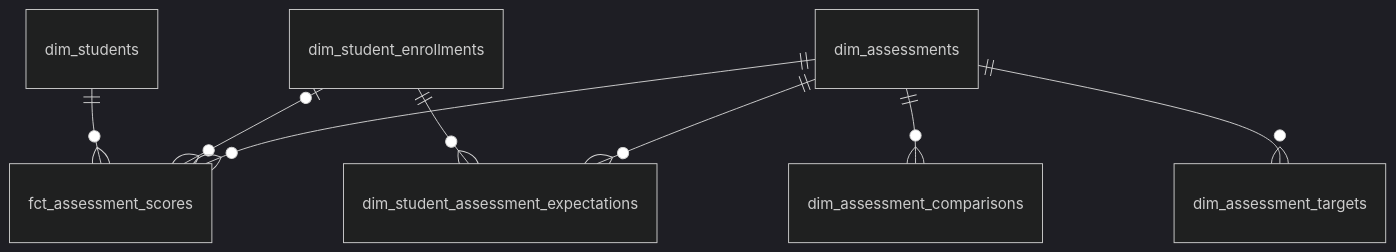
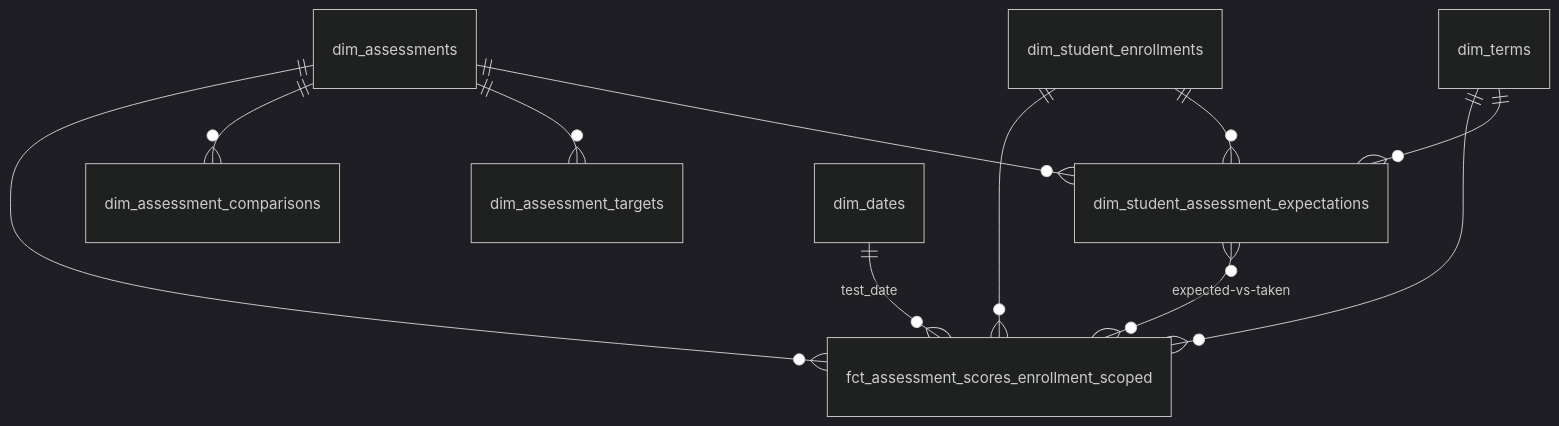
The third of 10 diagrams in docs/superpowers/specs/2026-03-27-star-schema-data-mart-design.md (TEAMSchools/teamster), drawn with Mermaid (dark theme) before and after one commit. The commit also changed other lines of this file, not shown here.

First line of the commit message:
docs: incorporate star-schema mart spec feedback on A+X traversal

````diff
--- a/docs/superpowers/specs/2026-03-27-star-schema-data-mart-design.md
+++ b/docs/superpowers/specs/2026-03-27-star-schema-data-mart-design.md
@@ -508,10 +596,13 @@
 ```mermaid
 erDiagram
-    dim_students ||--o{ fct_assessment_scores : ""
-    dim_student_enrollments |o--o{ fct_assessment_scores : ""
-    dim_assessments ||--o{ fct_assessment_scores : ""
+    dim_student_enrollments ||--o{ fct_assessment_scores_enrollment_scoped : ""
+    dim_assessments ||--o{ fct_assessment_scores_enrollment_scoped : ""
     dim_assessments ||--o{ dim_assessment_comparisons : ""
     dim_assessments ||--o{ dim_assessment_targets : ""
     dim_student_enrollments ||--o{ dim_student_assessment_expectations : ""
     dim_assessments ||--o{ dim_student_assessment_expectations : ""
+    dim_student_assessment_expectations }o--o{ fct_assessment_scores_enrollment_scoped : "expected-vs-taken"
+    dim_terms ||--o{ fct_assessment_scores_enrollment_scoped : ""
+    dim_terms ||--o{ dim_student_assessment_expectations : ""
+    dim_dates ||--o{ fct_assessment_scores_enrollment_scoped : "test_date"
 ```
````
